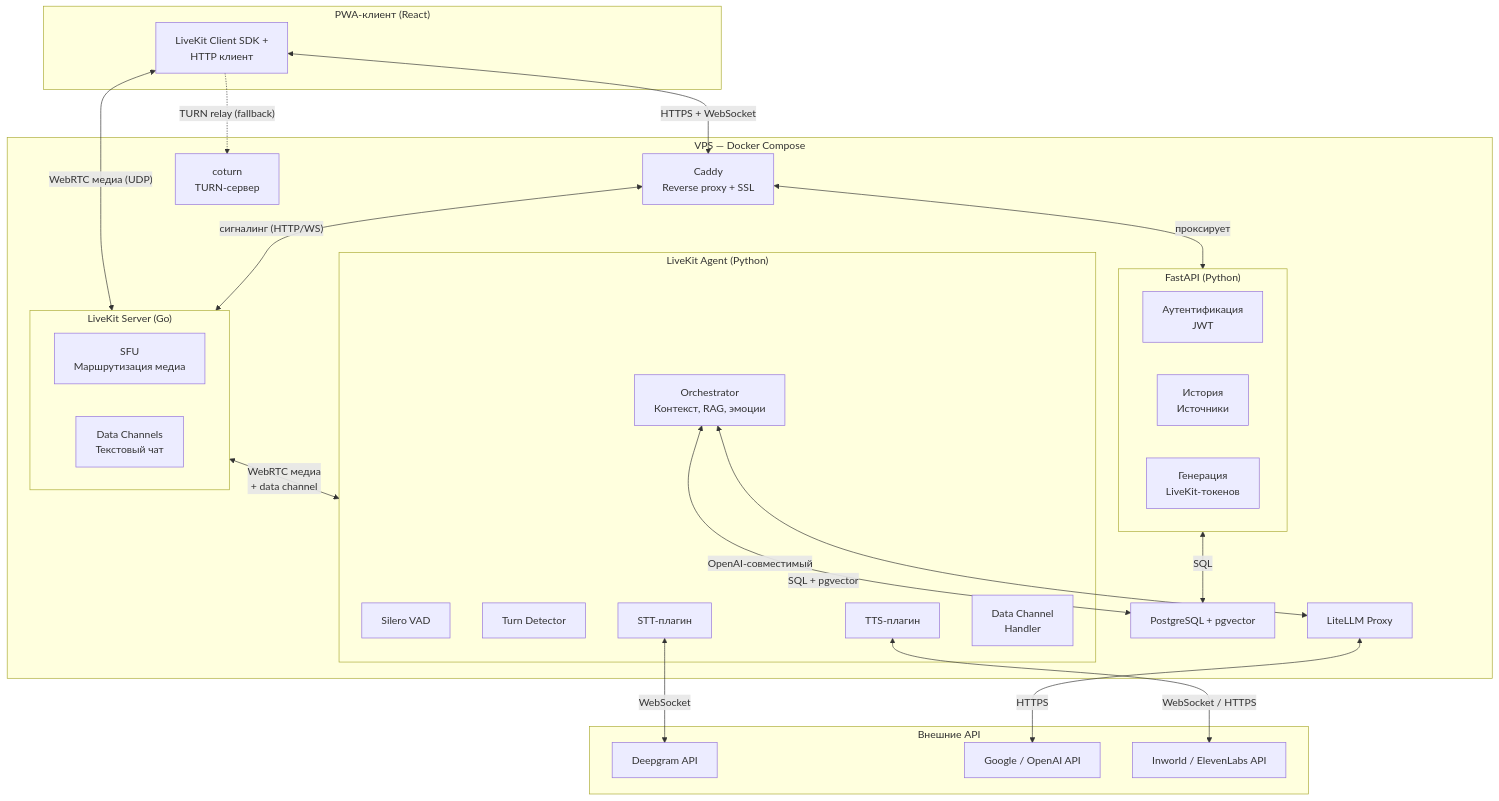
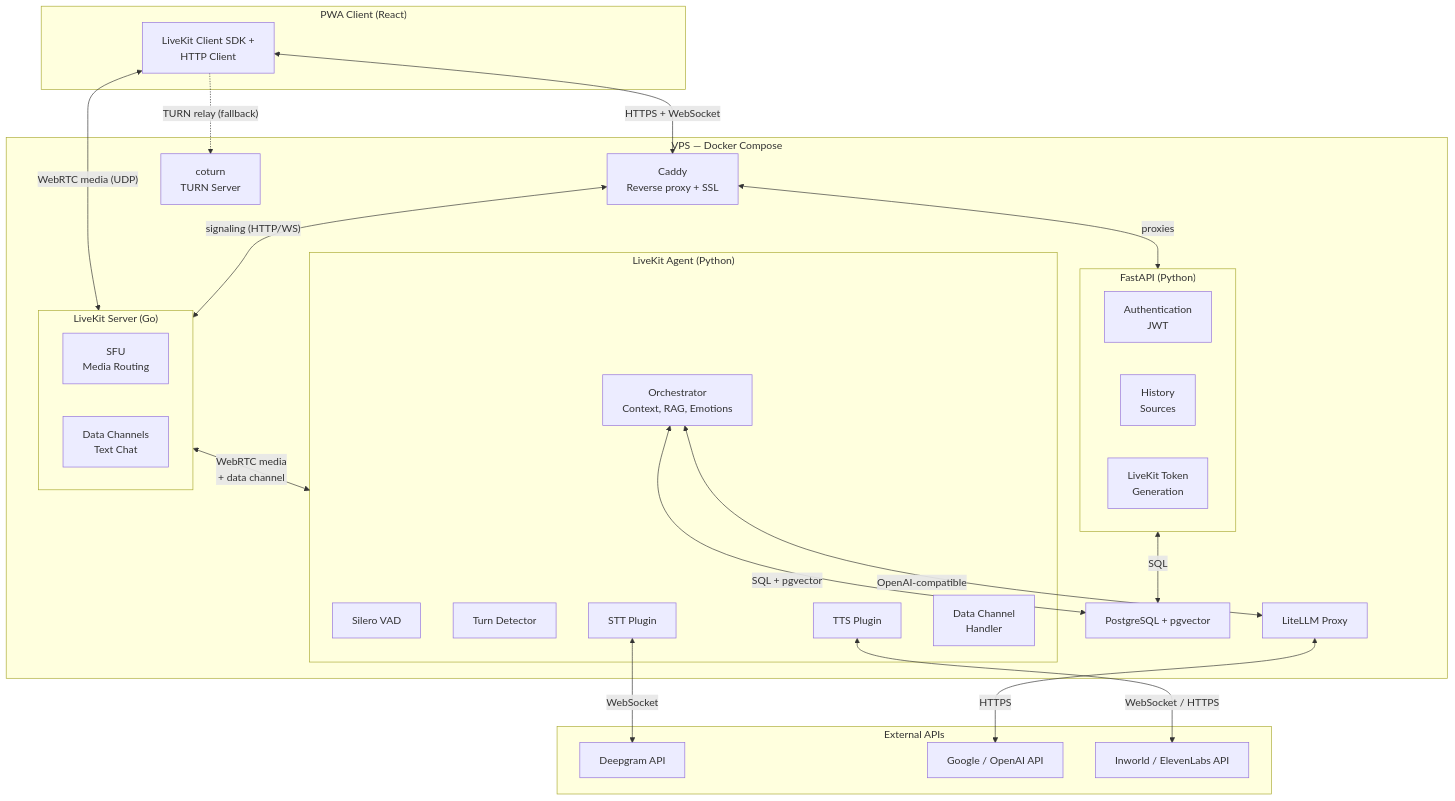
The first of 25 diagrams in docs/architecture.md (itechmeat/twype-voice), drawn with Mermaid before and after one commit. The commit also changed other lines of this file and 30 other files, not shown here.

First line of the commit message:
feat(api): add JWT authentication with email verification (#3) (#3)

````diff
--- a/docs/architecture.md
+++ b/docs/architecture.md
@@ -16,54 +16,54 @@
 ```mermaid
 graph TB
-    subgraph CLIENT["PWA-клиент (React)"]
-        UI["LiveKit Client SDK +<br/>HTTP клиент"]
+    subgraph CLIENT["PWA Client (React)"]
+        UI["LiveKit Client SDK +<br/>HTTP Client"]
     end
 
     subgraph VPS["VPS — Docker Compose"]
         CADDY["Caddy<br/>Reverse proxy + SSL"]
 
         subgraph API_SVC["FastAPI (Python)"]
-            AUTH["Аутентификация<br/>JWT"]
-            HISTORY["История<br/>Источники"]
-            LK_TOKEN["Генерация<br/>LiveKit-токенов"]
+            AUTH["Authentication<br/>JWT"]
+            HISTORY["History<br/>Sources"]
+            LK_TOKEN["LiveKit Token<br/>Generation"]
         end
 
         subgraph LIVEKIT_SVC["LiveKit Server (Go)"]
-            SFU["SFU<br/>Маршрутизация медиа"]
-            DC["Data Channels<br/>Текстовый чат"]
+            SFU["SFU<br/>Media Routing"]
+            DC["Data Channels<br/>Text Chat"]
         end
 
-        COTURN["coturn<br/>TURN-сервер"]
+        COTURN["coturn<br/>TURN Server"]
 
         subgraph AGENT["LiveKit Agent (Python)"]
             VAD["Silero VAD"]
             TD["Turn Detector"]
-            STT_P["STT-плагин"]
-            ORCH["Orchestrator<br/>Контекст, RAG, эмоции"]
-            TTS_P["TTS-плагин"]
+            STT_P["STT Plugin"]
+            ORCH["Orchestrator<br/>Context, RAG, Emotions"]
+            TTS_P["TTS Plugin"]
             DC_HANDLER["Data Channel<br/>Handler"]
         end
 
         LITELLM["LiteLLM Proxy"]
         PG["PostgreSQL + pgvector"]
     end
 
-    subgraph EXT["Внешние API"]
+    subgraph EXT["External APIs"]
         STT_API["Deepgram API"]
         LLM_API["Google / OpenAI API"]
         TTS_API["Inworld / ElevenLabs API"]
     end
 
     UI <-->|"HTTPS + WebSocket"| CADDY
-    UI <-->|"WebRTC медиа (UDP)"| LIVEKIT_SVC
-    CADDY <-->|"сигналинг (HTTP/WS)"| LIVEKIT_SVC
-    CADDY <-->|"проксирует"| API_SVC
-    LIVEKIT_SVC <-->|"WebRTC медиа<br/>+ data channel"| AGENT
+    UI <-->|"WebRTC media (UDP)"| LIVEKIT_SVC
+    CADDY <-->|"signaling (HTTP/WS)"| LIVEKIT_SVC
+    CADDY <-->|"proxies"| API_SVC
+    LIVEKIT_SVC <-->|"WebRTC media<br/>+ data channel"| AGENT
     UI -.->|"TURN relay (fallback)"| COTURN
     ORCH <-->|"SQL + pgvector"| PG
-    ORCH <-->|"OpenAI-совместимый"| LITELLM
+    ORCH <-->|"OpenAI-compatible"| LITELLM
     API_SVC <-->|"SQL"| PG
     STT_P <-->|"WebSocket"| STT_API
     LITELLM <-->|"HTTPS"| LLM_API
     TTS_P <-->|"WebSocket / HTTPS"| TTS_API
 ```
````
